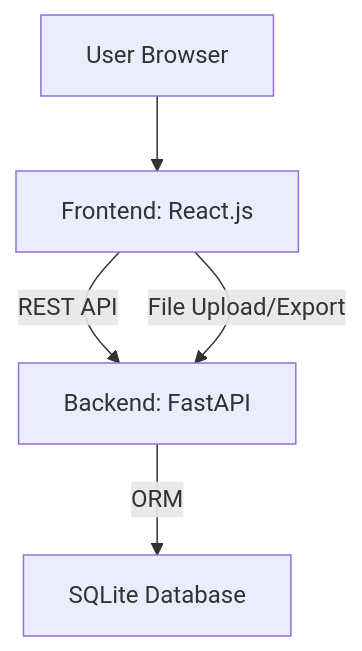
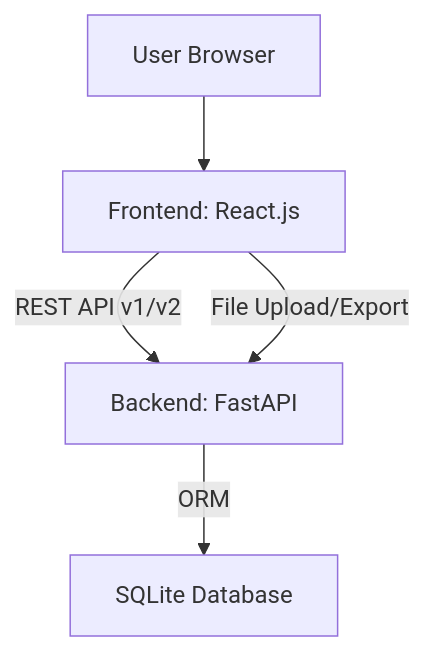
One commit to jinopattery/safetymindpro changed the second of 2 diagrams in ARCHITECTURE.md. Above: the diagram before and after it, drawn with Mermaid. The commit also changed other lines of this file and 1 other file, not shown here.

````diff
--- a/ARCHITECTURE.md
+++ b/ARCHITECTURE.md
@@ -3,7 +91,7 @@
 ```mermaid
 flowchart TD
     U[User Browser] --> F[Frontend: React.js]
-    F -- REST API --> B[Backend: FastAPI]
+    F -- REST API v1/v2 --> B[Backend: FastAPI]
     B -- ORM --> D[SQLite Database]
     F -- File Upload/Export --> B
 ```
````
